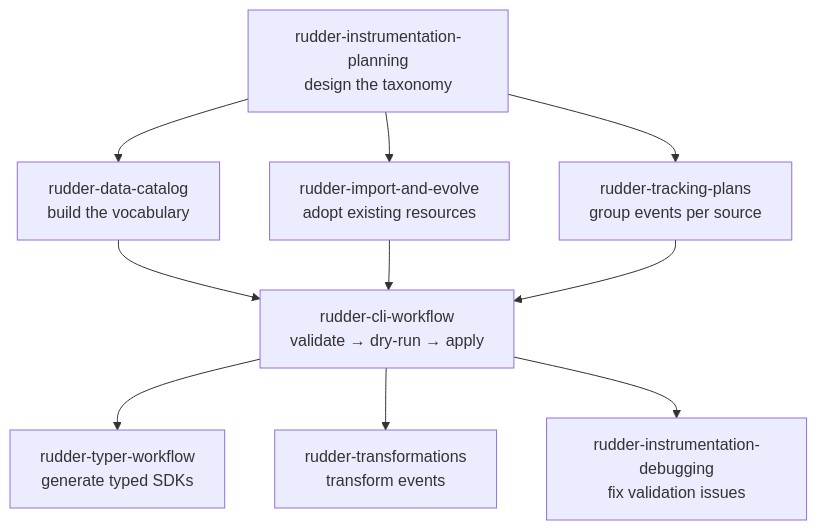
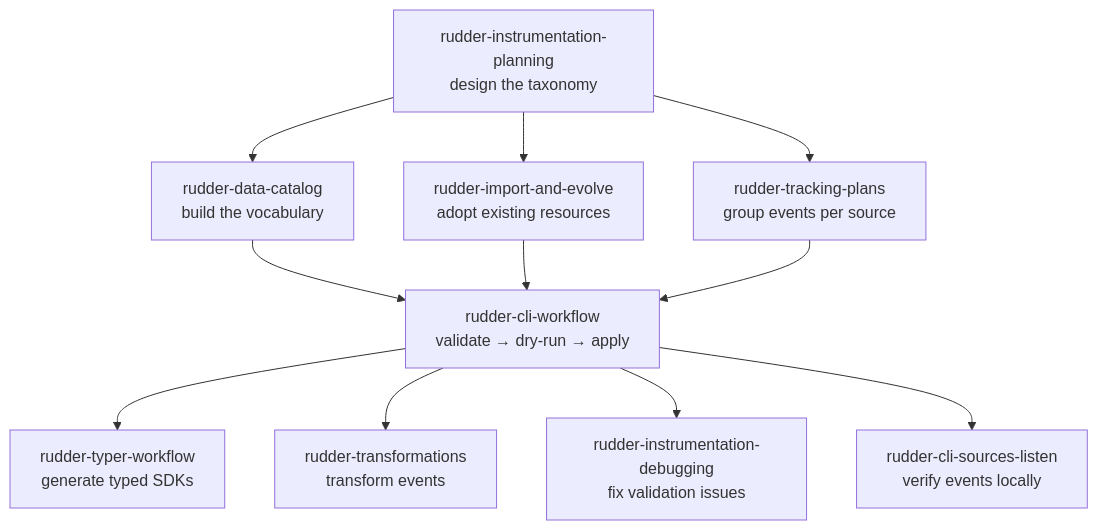
Before and after one commit to rudderlabs/rudder-agent-skills: the diagram in README.md, drawn with Mermaid. The commit also changed other lines of this file and 19 other files, not shown here.

First line of the commit message:
feat(rudder-cli): add rudder-cli-sources-listen skill and local verify steps

````diff
--- a/README.md
+++ b/README.md
@@ -120,13 +121,14 @@
 ```mermaid
 flowchart TD
     plan["rudder-instrumentation-planning<br/>design the taxonomy"]
     plan --> catalog["rudder-data-catalog<br/>build the vocabulary"]
     plan --> evolve["rudder-import-and-evolve<br/>adopt existing resources"]
     plan --> plans["rudder-tracking-plans<br/>group events per source"]
     catalog --> cli["rudder-cli-workflow<br/>validate &rarr; dry-run &rarr; apply"]
     evolve --> cli
     plans --> cli
     cli --> typer["rudder-typer-workflow<br/>generate typed SDKs"]
     cli --> transform["rudder-transformations<br/>transform events"]
     cli --> debug["rudder-instrumentation-debugging<br/>fix validation issues"]
+    cli --> listen["rudder-cli-sources-listen<br/>verify events locally"]
 ```
````
